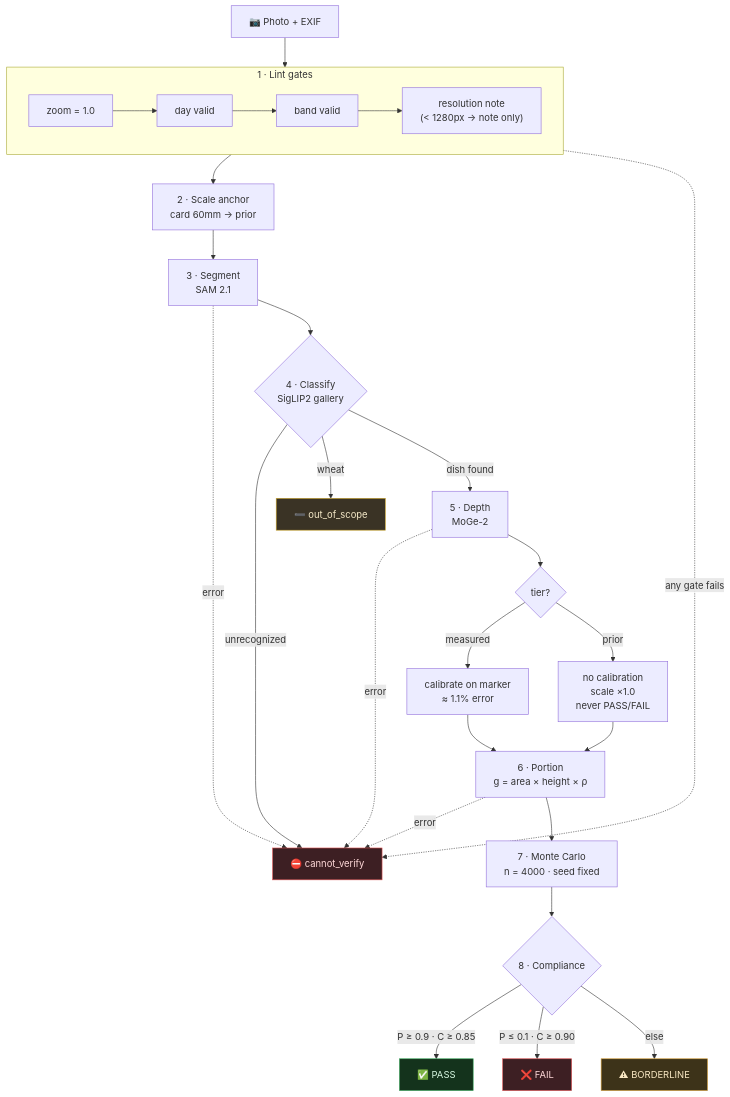
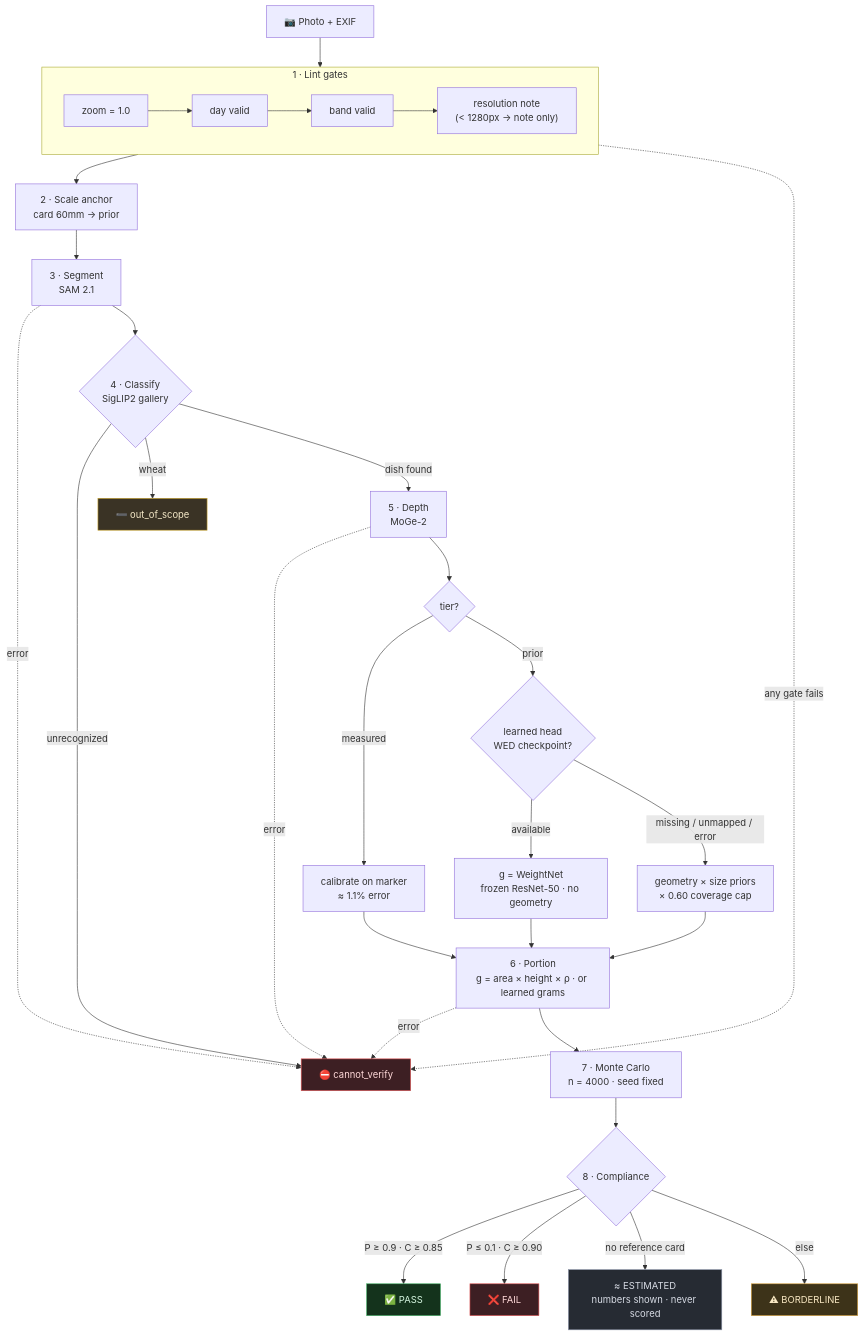
The diagram in docs/pipeline-test-report.md (Lion4467cat/NutriSense), drawn with Mermaid before and after one commit. The commit also changed other lines of this file and 36 other files, not shown here.

Commit message:
Learned weight fallback for the prior tier: WED-trained head (19.32g test MAE vs 1464g geometry baseline) and the ESTIMATED verdict cap (ADR 0002)

````diff
--- a/docs/pipeline-test-report.md
+++ b/docs/pipeline-test-report.md
@@ -72,44 +90,50 @@
 ```mermaid
 flowchart TD
     IMG["📷 Photo + EXIF"] --> L1
 
     subgraph LINT["1 · Lint gates"]
         direction LR
         L1["zoom = 1.0"] --> L2["day valid"] --> L3["band valid"] --> L4["resolution note<br/>(< 1280px → note only)"]
     end
 
     LINT -.->|"any gate fails"| CV["⛔ cannot_verify"]
     L4 --> A["2 · Scale anchor<br/>card 60mm → prior"]
 
     A --> SEG["3 · Segment<br/>SAM 2.1"]
     SEG -.->|error| CV
     SEG --> CLS{"4 · Classify<br/>SigLIP2 gallery"}
 
     CLS -->|"unrecognized"| CV
     CLS -->|wheat| OOS["➖ out_of_scope"]
     CLS -->|"dish found"| DEPTH["5 · Depth<br/>MoGe-2"]
 
     DEPTH -.->|error| CV
     DEPTH --> TIER{"tier?"}
     TIER -->|measured| CAL["calibrate on marker<br/>≈ 1.1% error"]
-    TIER -->|prior| SKIP["no calibration<br/>scale ×1.0<br/>never PASS/FAIL"]
-    CAL --> PORT["6 · Portion<br/>g = area × height × ρ"]
+    TIER -->|prior| HEAD{"learned head<br/>WED checkpoint?"}
+    HEAD -->|available| LEARN["g = WeightNet<br/>frozen ResNet-50 · no geometry"]
+    HEAD -->|missing / unmapped / error| SKIP["geometry × size priors<br/>× 0.60 coverage cap"]
+    LEARN --> PORT
     SKIP --> PORT
+    CAL --> PORT["6 · Portion<br/>g = area × height × ρ · or learned grams"]
     PORT -.->|error| CV
     PORT --> MC["7 · Monte Carlo<br/>n = 4000 · seed fixed"]
 
     MC --> VER{"8 · Compliance"}
     VER -->|"P ≥ 0.9 · C ≥ 0.85"| PASS["✅ PASS"]
     VER -->|"P ≤ 0.1 · C ≥ 0.90"| FAIL["❌ FAIL"]
+    VER -->|no reference card| EST["≈ ESTIMATED<br/>numbers shown · never scored"]
     VER -->|else| BORD["⚠ BORDERLINE"]
 
     classDef err fill:#3d1f23,stroke:#e05252,color:#ffd9d9
     classDef oos fill:#3a3325,stroke:#c9a227,color:#f5e9c8
     classDef ok fill:#14331c,stroke:#3fae62,color:#d4f5df
     classDef warn fill:#3d3319,stroke:#d9a13a,color:#fae9c4
+    classDef neutral fill:#262b33,stroke:#8b93a7,color:#d7dbe4
     class CV err
     class OOS oos
     class PASS ok
     class FAIL err
     class BORD warn
+    class EST neutral
 ```
````
